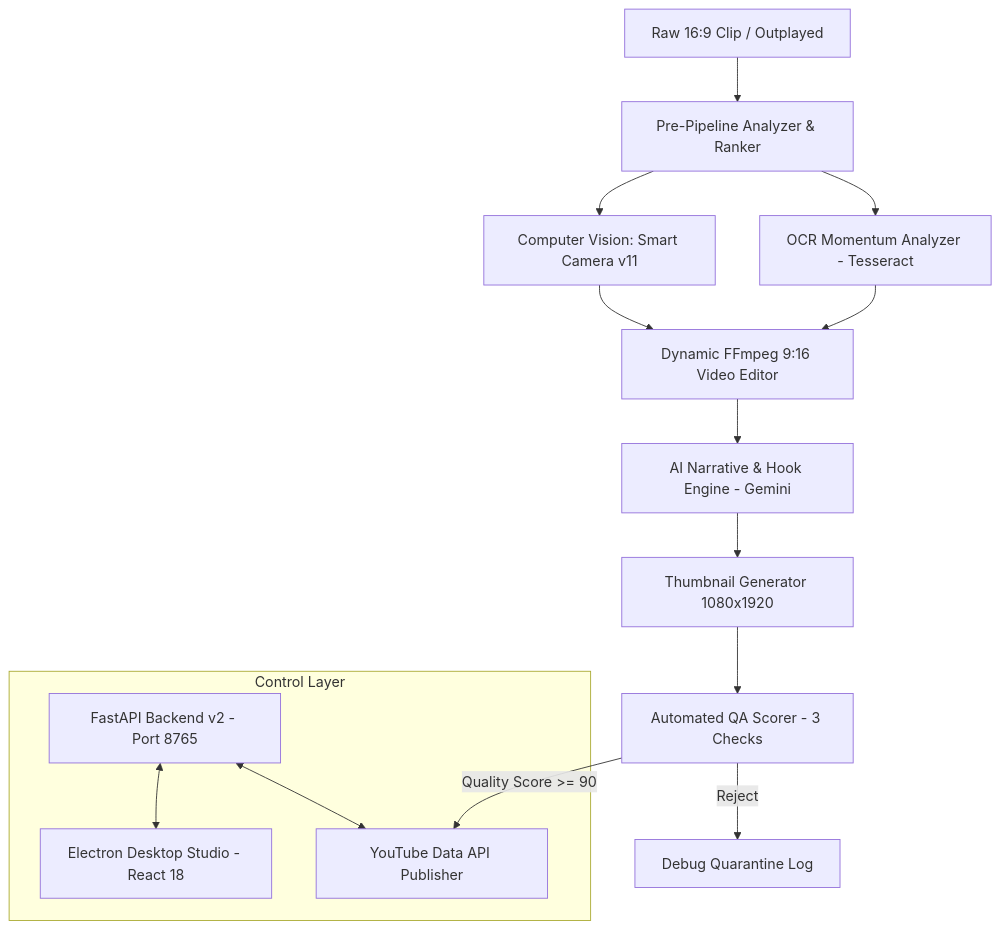
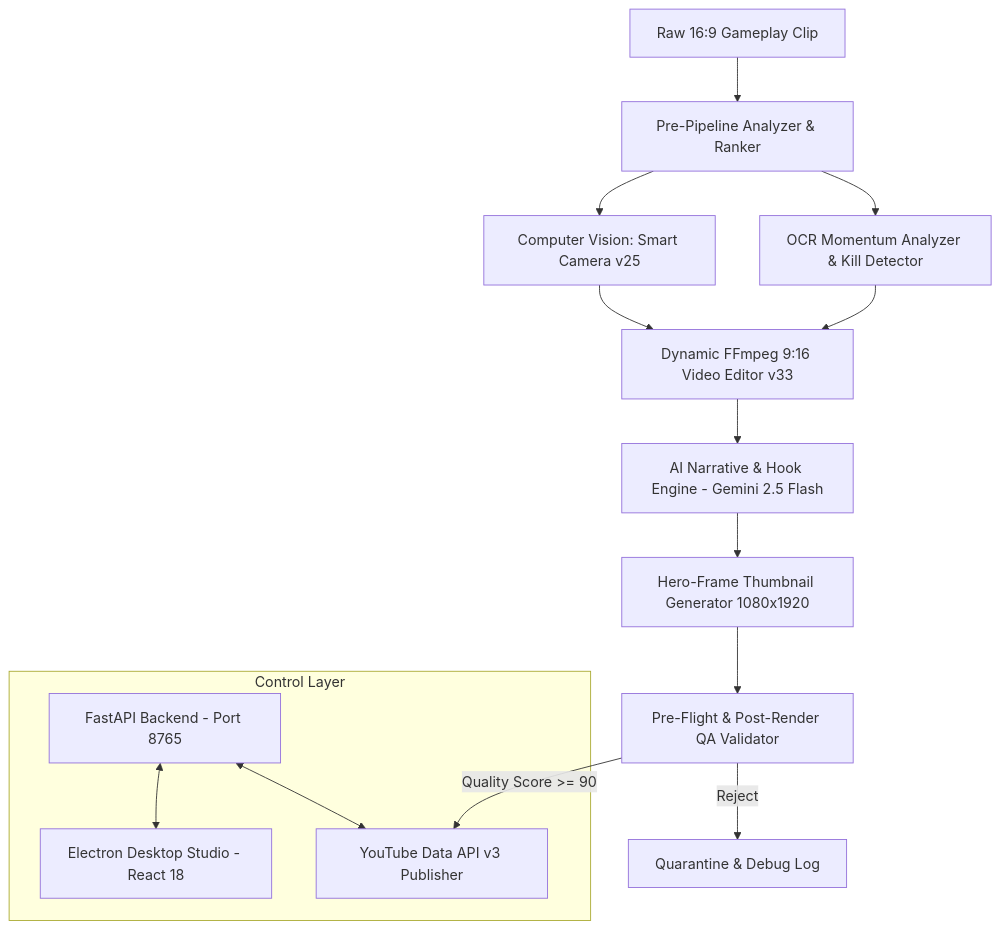
One commit to BATTLEMETAL/Shortsyt changed the diagram in README.md. Above: the diagram before and after it, drawn with Mermaid. The commit also changed other lines of this file, not shown here.

Commit message:
docs: sync README with Smart Camera v25, 3-mode pacing engine & Desktop Studio features from CONTEXT

````diff
--- a/README.md
+++ b/README.md
@@ -62,18 +86,18 @@
 ```mermaid
 flowchart TD
-    A[Raw 16:9 Clip / Outplayed] --> B[Pre-Pipeline Analyzer & Ranker]
-    B --> C[Computer Vision: Smart Camera v11]
-    B --> D[OCR Momentum Analyzer - Tesseract]
-    C --> E[Dynamic FFmpeg 9:16 Video Editor]
+    A[Raw 16:9 Gameplay Clip] --> B[Pre-Pipeline Analyzer & Ranker]
+    B --> C[Computer Vision: Smart Camera v25]
+    B --> D[OCR Momentum Analyzer & Kill Detector]
+    C --> E[Dynamic FFmpeg 9:16 Video Editor v33]
     D --> E
-    E --> F[AI Narrative & Hook Engine - Gemini]
-    F --> G[Thumbnail Generator 1080x1920]
-    G --> H[Automated QA Scorer - 3 Checks]
-    H -->|Quality Score >= 90| I[YouTube Data API Publisher]
-    H -->|Reject| J[Debug Quarantine Log]
+    E --> F[AI Narrative & Hook Engine - Gemini 2.5 Flash]
+    F --> G[Hero-Frame Thumbnail Generator 1080x1920]
+    G --> H[Pre-Flight & Post-Render QA Validator]
+    H -->|Quality Score >= 90| I[YouTube Data API v3 Publisher]
+    H -->|Reject| J[Quarantine & Debug Log]
     
     subgraph Control Layer
-    K[FastAPI Backend v2 - Port 8765] <--> L[Electron Desktop Studio - React 18]
+    K[FastAPI Backend - Port 8765] <--> L[Electron Desktop Studio - React 18]
     K <--> I
     end
 ```
````
